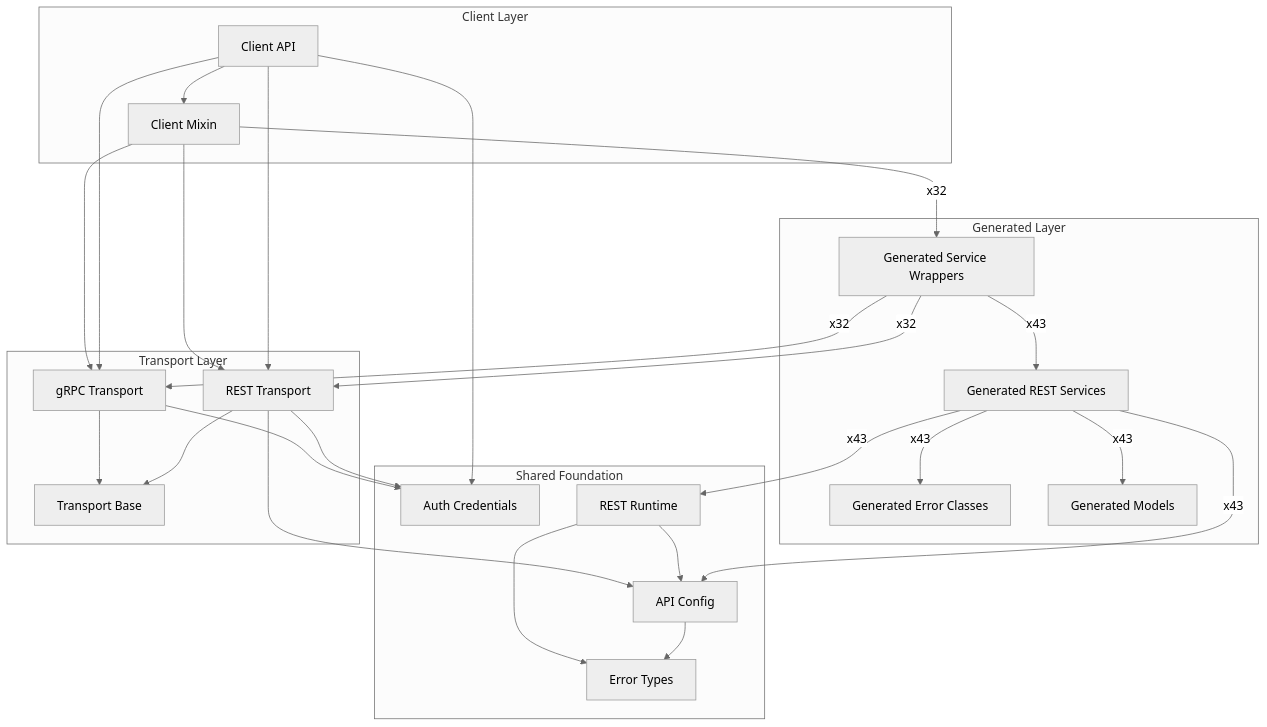
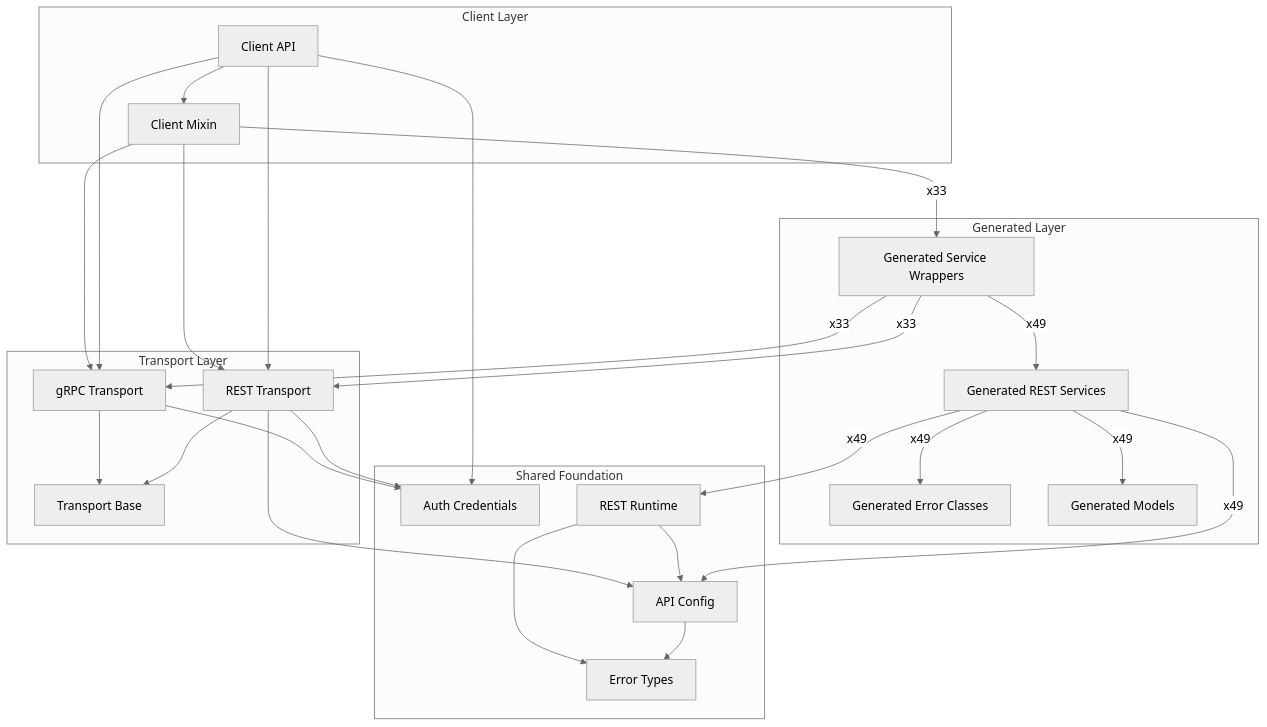
The diagram in docs/sphinx/sdk_runtime_architecture.md (alexdearaujo/community_sdk_python), drawn with Mermaid (neutral theme) before and after one commit. The commit also changed 122 other files, not shown here.

````diff
--- a/docs/sphinx/sdk_runtime_architecture.md
+++ b/docs/sphinx/sdk_runtime_architecture.md
@@ -20,47 +20,47 @@
 ```mermaid
 flowchart TB
     subgraph client["Client Layer"]
         Client_API["Client API"]
         Client_Mixin["Client Mixin"]
     end
     subgraph generated["Generated Layer"]
         Generated_Error_Classes["Generated Error Classes"]
         Generated_Models["Generated Models"]
         Generated_REST_Services["Generated REST Services"]
         Generated_Service_Wrappers["Generated Service Wrappers"]
     end
     subgraph transport["Transport Layer"]
         REST_Transport["REST Transport"]
         Transport_Base["Transport Base"]
         gRPC_Transport["gRPC Transport"]
     end
     subgraph foundation["Shared Foundation"]
         API_Config["API Config"]
         Auth_Credentials["Auth Credentials"]
         Error_Types["Error Types"]
         REST_Runtime["REST Runtime"]
     end
 
     API_Config --> Error_Types
     Client_API --> Auth_Credentials
     Client_API --> Client_Mixin
     Client_API --> REST_Transport
     Client_API --> gRPC_Transport
-    Client_Mixin -->|"x32"| Generated_Service_Wrappers
+    Client_Mixin -->|"x33"| Generated_Service_Wrappers
     Client_Mixin --> REST_Transport
     Client_Mixin --> gRPC_Transport
-    Generated_REST_Services -->|"x43"| API_Config
-    Generated_REST_Services -->|"x43"| Generated_Error_Classes
-    Generated_REST_Services -->|"x43"| Generated_Models
-    Generated_REST_Services -->|"x43"| REST_Runtime
-    Generated_Service_Wrappers -->|"x43"| Generated_REST_Services
-    Generated_Service_Wrappers -->|"x32"| REST_Transport
-    Generated_Service_Wrappers -->|"x32"| gRPC_Transport
+    Generated_REST_Services -->|"x49"| API_Config
+    Generated_REST_Services -->|"x49"| Generated_Error_Classes
+    Generated_REST_Services -->|"x49"| Generated_Models
+    Generated_REST_Services -->|"x49"| REST_Runtime
+    Generated_Service_Wrappers -->|"x49"| Generated_REST_Services
+    Generated_Service_Wrappers -->|"x33"| REST_Transport
+    Generated_Service_Wrappers -->|"x33"| gRPC_Transport
     REST_Runtime --> API_Config
     REST_Runtime --> Error_Types
     REST_Transport --> API_Config
     REST_Transport --> Auth_Credentials
     REST_Transport --> Transport_Base
     gRPC_Transport --> Auth_Credentials
     gRPC_Transport --> Transport_Base
 ```
````
